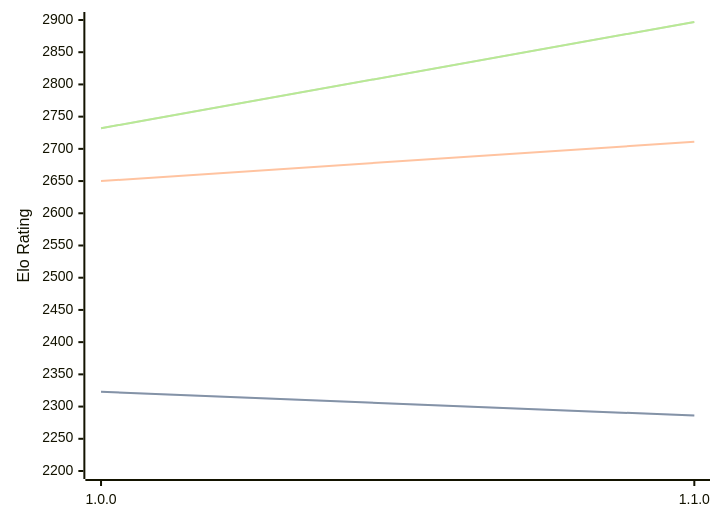
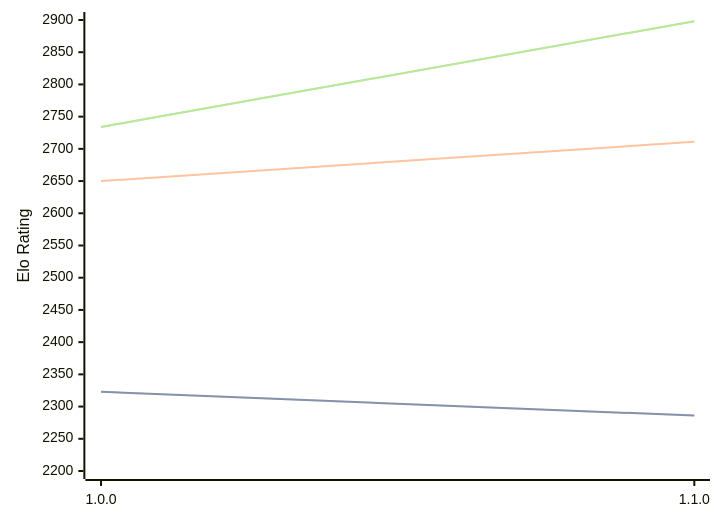
Before and after one commit to computer-chess-index/cci: the diagram in engines/ShallowGuess.md, drawn with Mermaid. The commit also changed other lines of this file, not shown here.

Commit message:
Update CCI Ratings (ELO VLTC) - 2026-05-22

````diff
--- a/engines/ShallowGuess.md
+++ b/engines/ShallowGuess.md
@@ -36,11 +36,11 @@
 ```mermaid
 %%{init: {"theme":"base","themeVariables":{"seriesColors:['#a3a3a3','#222221','#faa371']}}}%%
 xychart-beta
   x-axis ["1.0.0", "1.1.0"]
   y-axis "Elo Rating" 2200 --> 2900
   line "STC (8.0+0.08s)" [2323, 2286]
   line "STC (8.0+0.08s)" [2323, 2286]
   line "LTC (60.0+0.60s)" [2650, 2711]
-  line "VLTC (2m24s+1.12s)" [2732, 2897]
-  line "VLTC (2m24s+1.12s)" [2732, 2897]
+  line "VLTC (2m24s+1.12s)" [2734, 2898]
+  line "VLTC (2m24s+1.12s)" [2734, 2898]
 ```
````
